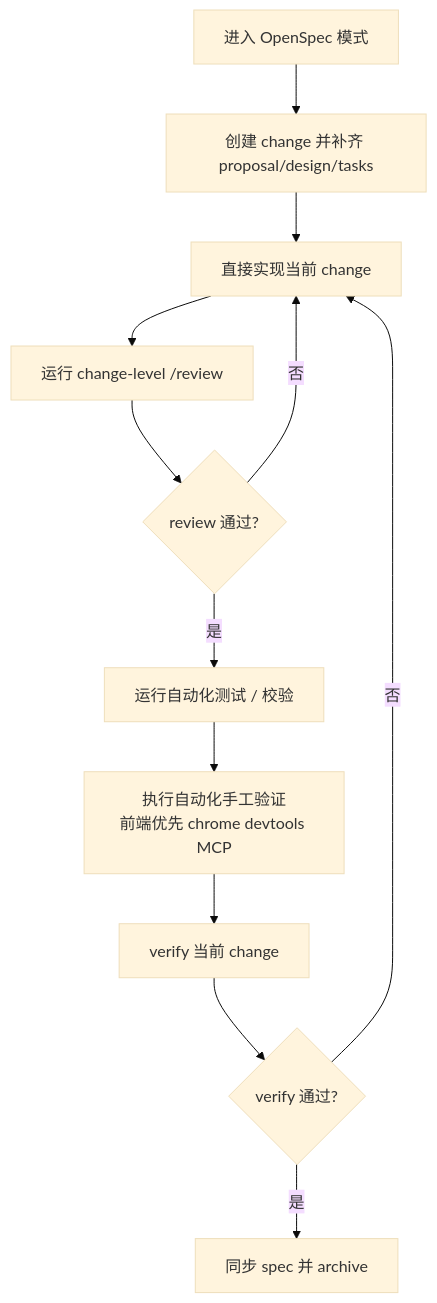
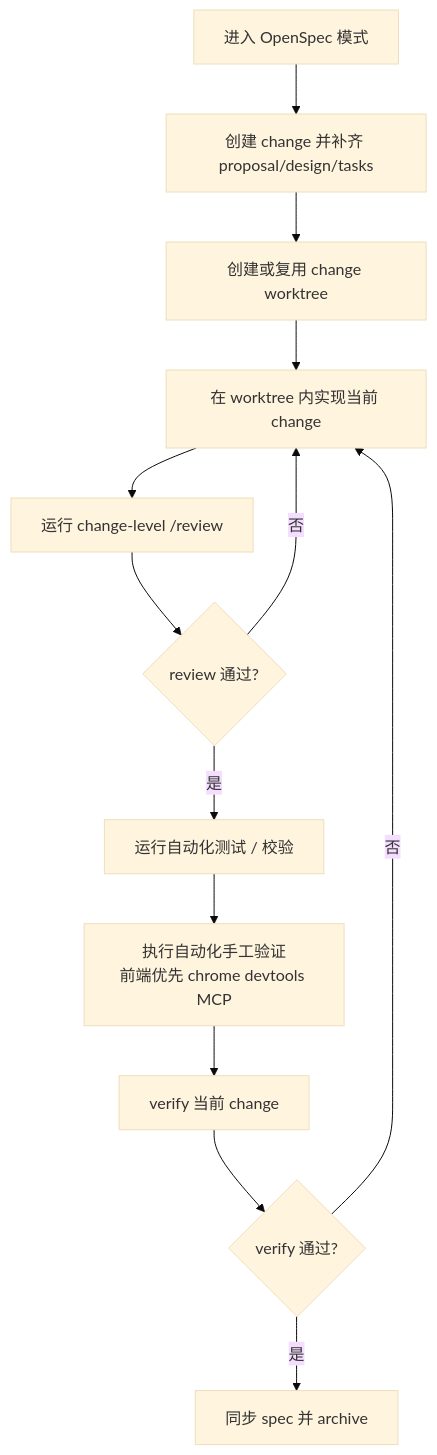
One commit to pjhpeter/openspec-extensions changed the first of 2 diagrams in README.md. Above: the diagram before and after it, drawn with Mermaid (base theme). The commit also changed other lines of this file and 13 other files, not shown here.

````diff
--- a/README.md
+++ b/README.md
@@ -175,14 +175,15 @@
 ```mermaid
 flowchart TD
     A[进入 OpenSpec 模式] --> B[创建 change 并补齐 proposal/design/tasks]
-    B --> C[直接实现当前 change]
-    C --> D[运行 change-level /review]
-    D --> E{review 通过?}
-    E -- 否 --> C
-    E -- 是 --> F[运行自动化测试 / 校验]
-    F --> G[执行自动化手工验证<br/>前端优先 chrome devtools MCP]
-    G --> H[verify 当前 change]
-    H --> I{verify 通过?}
-    I -- 否 --> C
-    I -- 是 --> J[同步 spec 并 archive]
+    B --> C[创建或复用 change worktree]
+    C --> D[在 worktree 内实现当前 change]
+    D --> E[运行 change-level /review]
+    E --> F{review 通过?}
+    F -- 否 --> D
+    F -- 是 --> G[运行自动化测试 / 校验]
+    G --> H[执行自动化手工验证<br/>前端优先 chrome devtools MCP]
+    H --> I[verify 当前 change]
+    I --> J{verify 通过?}
+    J -- 否 --> D
+    J -- 是 --> K[同步 spec 并 archive]
 ```
````
